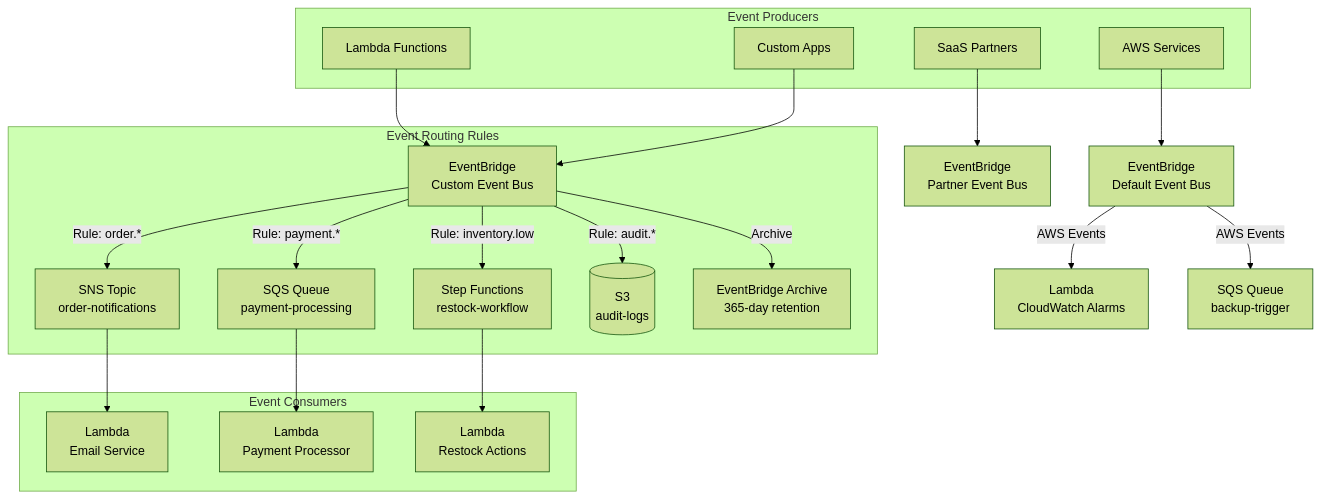
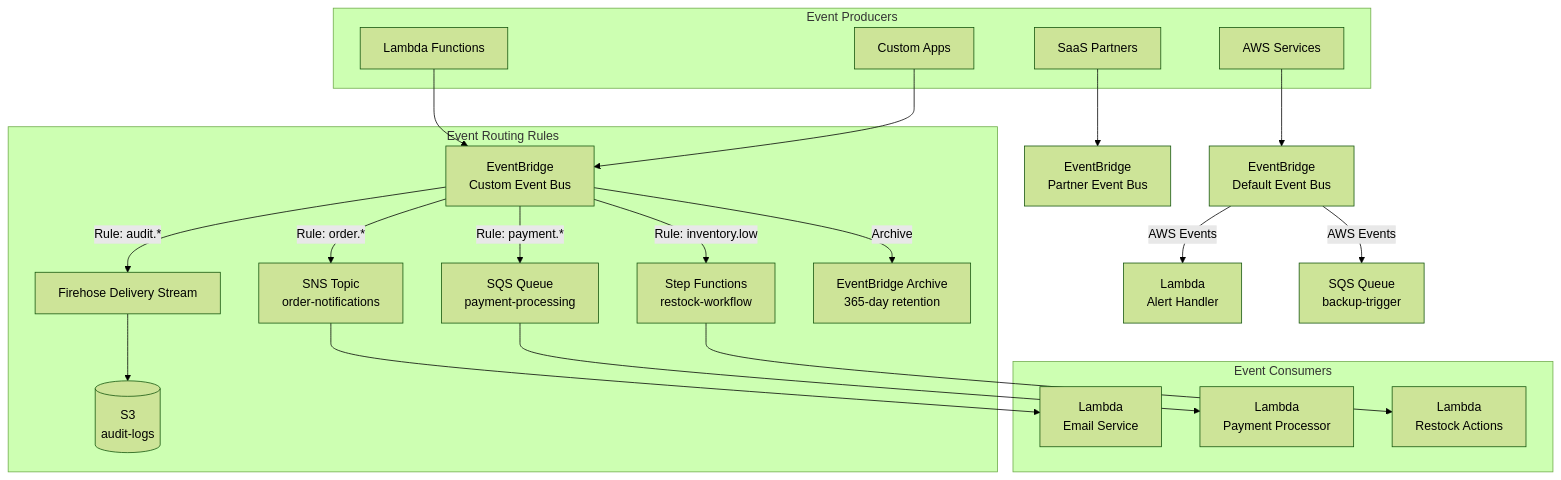
Before and after one commit to AlexanderBesss/AWS_best_praactices: the fifth of 7 diagrams in Design/02-communication-patterns.md, drawn with Mermaid (forest theme). The commit also changed other lines of this file and 31 other files, not shown here.

````diff
--- a/Design/02-communication-patterns.md
+++ b/Design/02-communication-patterns.md
@@ -360,31 +364,32 @@
 ```mermaid
 graph TB
     subgraph "Event Producers"
         A1[Lambda Functions]
         A2[AWS Services]
         A3[SaaS Partners]
         A4[Custom Apps]
     end
     
     A1 --> B[EventBridge<br/>Custom Event Bus]
     A2 --> C[EventBridge<br/>Default Event Bus]
     A3 --> D[EventBridge<br/>Partner Event Bus]
     A4 --> B
     
     subgraph "Event Routing Rules"
         B -->|Rule: order.*| E[SNS Topic<br/>order-notifications]
         B -->|Rule: payment.*| F[SQS Queue<br/>payment-processing]
         B -->|Rule: inventory.low| G[Step Functions<br/>restock-workflow]
-        B -->|Rule: audit.*| H[(S3<br/>audit-logs)]
+        B -->|Rule: audit.*| H[Firehose Delivery Stream]
+        H --> H2[(S3<br/>audit-logs)]
         B -->|Archive| I[EventBridge Archive<br/>365-day retention]
     end
     
     subgraph "Event Consumers"
         E --> J[Lambda<br/>Email Service]
         F --> K[Lambda<br/>Payment Processor]
         G --> L[Lambda<br/>Restock Actions]
     end
     
-    C -->|AWS Events| M[Lambda<br/>CloudWatch Alarms]
+    C -->|AWS Events| M[Lambda<br/>Alert Handler]
     C -->|AWS Events| N[SQS Queue<br/>backup-trigger]
 ```
````
